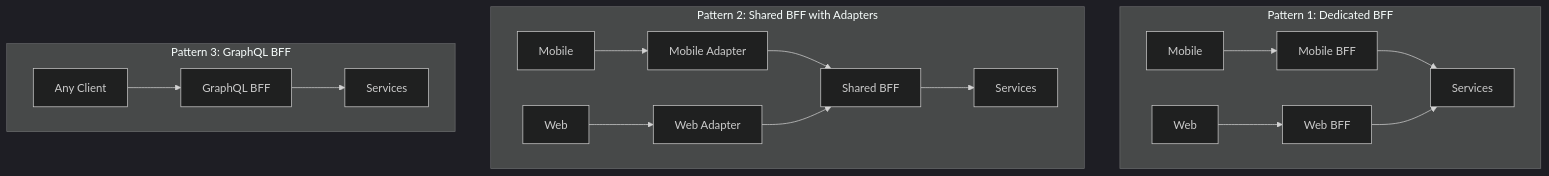
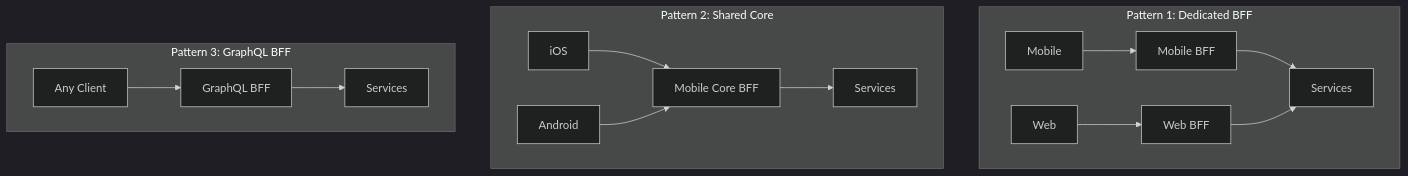
The fourth of 4 diagrams in docs/pattern-library/architecture/backends-for-frontends.md (deepaucksharma/DStudio), drawn with Mermaid (dark theme) before and after one commit. The commit also changed other lines of this file and 92 other files, not shown here.

````diff
--- a/docs/pattern-library/architecture/backends-for-frontends.md
+++ b/docs/pattern-library/architecture/backends-for-frontends.md
@@ -1859,22 +339,20 @@
 ```mermaid
 graph TB
     subgraph "Pattern 1: Dedicated BFF"
         C1[Mobile] --> BFF1[Mobile BFF]
         C2[Web] --> BFF2[Web BFF]
         BFF1 --> S1[Services]
         BFF2 --> S1
     end
     
-    subgraph "Pattern 2: Shared BFF with Adapters"
-        C3[Mobile] --> A1[Mobile Adapter]
-        C4[Web] --> A2[Web Adapter]
-        A1 --> BFF3[Shared BFF]
-        A2 --> BFF3
+    subgraph "Pattern 2: Shared Core"
+        C3[iOS] --> BFF3[Mobile Core BFF]
+        C4[Android] --> BFF3
         BFF3 --> S2[Services]
     end
     
     subgraph "Pattern 3: GraphQL BFF"
         C5[Any Client] --> GQL[GraphQL BFF]
         GQL --> S3[Services]
     end
 ```
````
